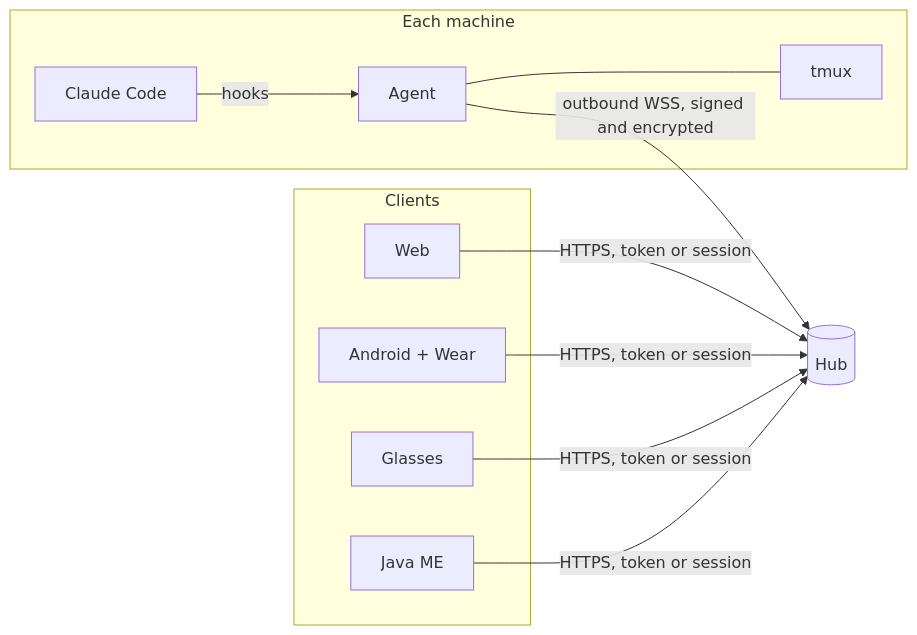
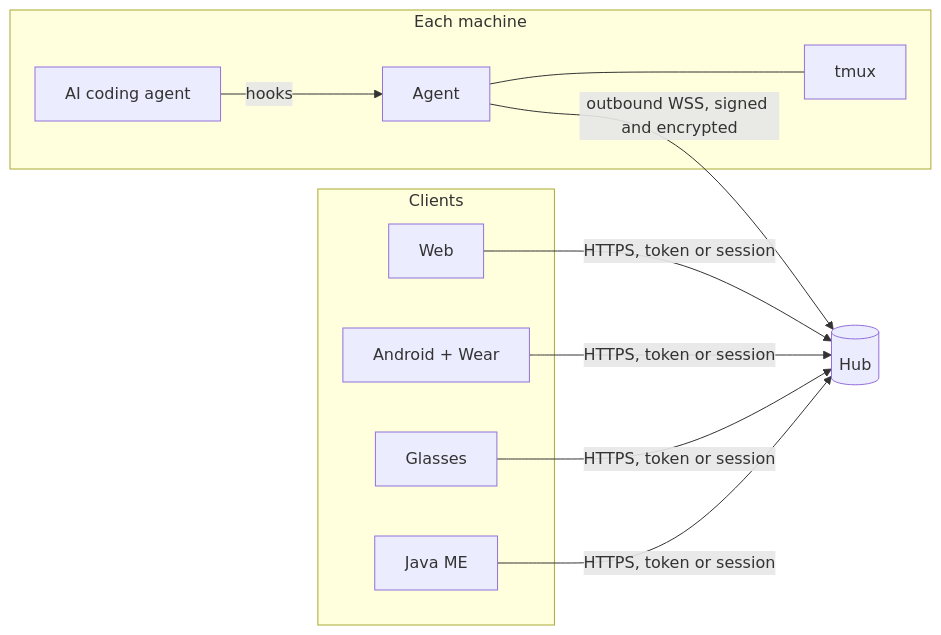
Before and after one commit to notmarkopadjen/muxway: the diagram in README.md, drawn with Mermaid. The commit also changed other lines of this file and 11 other files, not shown here.

First line of the commit message:
README and docs: what is only here, AI coding agents with Claude Code the one tested, screenshots in amber

````diff
--- a/README.md
+++ b/README.md
@@ -54,16 +71,16 @@
 ```mermaid
 flowchart LR
     subgraph Clients
         W[Web]
         AN[Android + Wear]
         G[Glasses]
         J[Java ME]
     end
     H[(Hub)]
     subgraph Host[Each machine]
         A[Agent] --- T[tmux]
-        CC[Claude Code] -- hooks --> A
+        AI[AI coding agent] -- hooks --> A
     end
     W & AN & G & J -- "HTTPS, token or session" --> H
     A -- "outbound WSS, signed and encrypted" --> H
 ```
````
